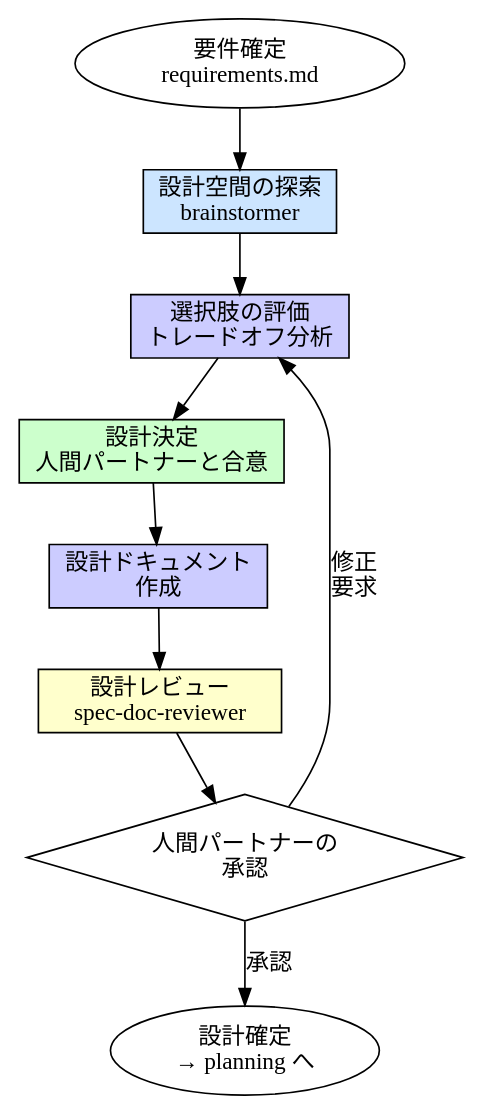
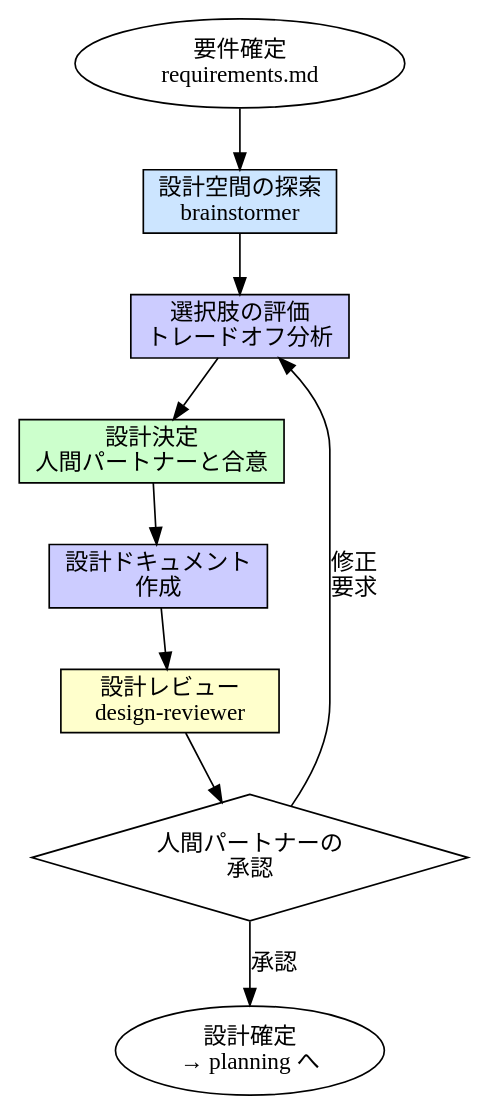
The diagram in .claude/skills/brainstorming/SKILL.md (sizukutamago/claude-code-harness), drawn with Graphviz before and after one commit. The commit also changed other lines of this file and 26 other files, not shown here.

````diff
--- a/.claude/skills/brainstorming/SKILL.md
+++ b/.claude/skills/brainstorming/SKILL.md
@@ -46,22 +46,22 @@
 ```dot
 digraph brainstorming {
     rankdir=TB;
     input [label="要件確定\nrequirements.md", shape=ellipse];
     explore [label="設計空間の探索\nbrainstormer", shape=box, style=filled, fillcolor="#cce5ff"];
     evaluate [label="選択肢の評価\nトレードオフ分析", shape=box, style=filled, fillcolor="#ccccff"];
     decide [label="設計決定\n人間パートナーと合意", shape=box, style=filled, fillcolor="#ccffcc"];
     document [label="設計ドキュメント\n作成", shape=box, style=filled, fillcolor="#ccccff"];
-    review [label="設計レビュー\nspec-doc-reviewer", shape=box, style=filled, fillcolor="#ffffcc"];
+    review [label="設計レビュー\ndesign-reviewer", shape=box, style=filled, fillcolor="#ffffcc"];
     approve [label="人間パートナーの\n承認", shape=diamond];
     done [label="設計確定\n→ planning へ", shape=ellipse];
 
     input -> explore;
     explore -> evaluate;
     evaluate -> decide;
     decide -> document;
     document -> review;
     review -> approve;
     approve -> done [label="承認"];
     approve -> evaluate [label="修正\n要求"];
 }
 ```
````
